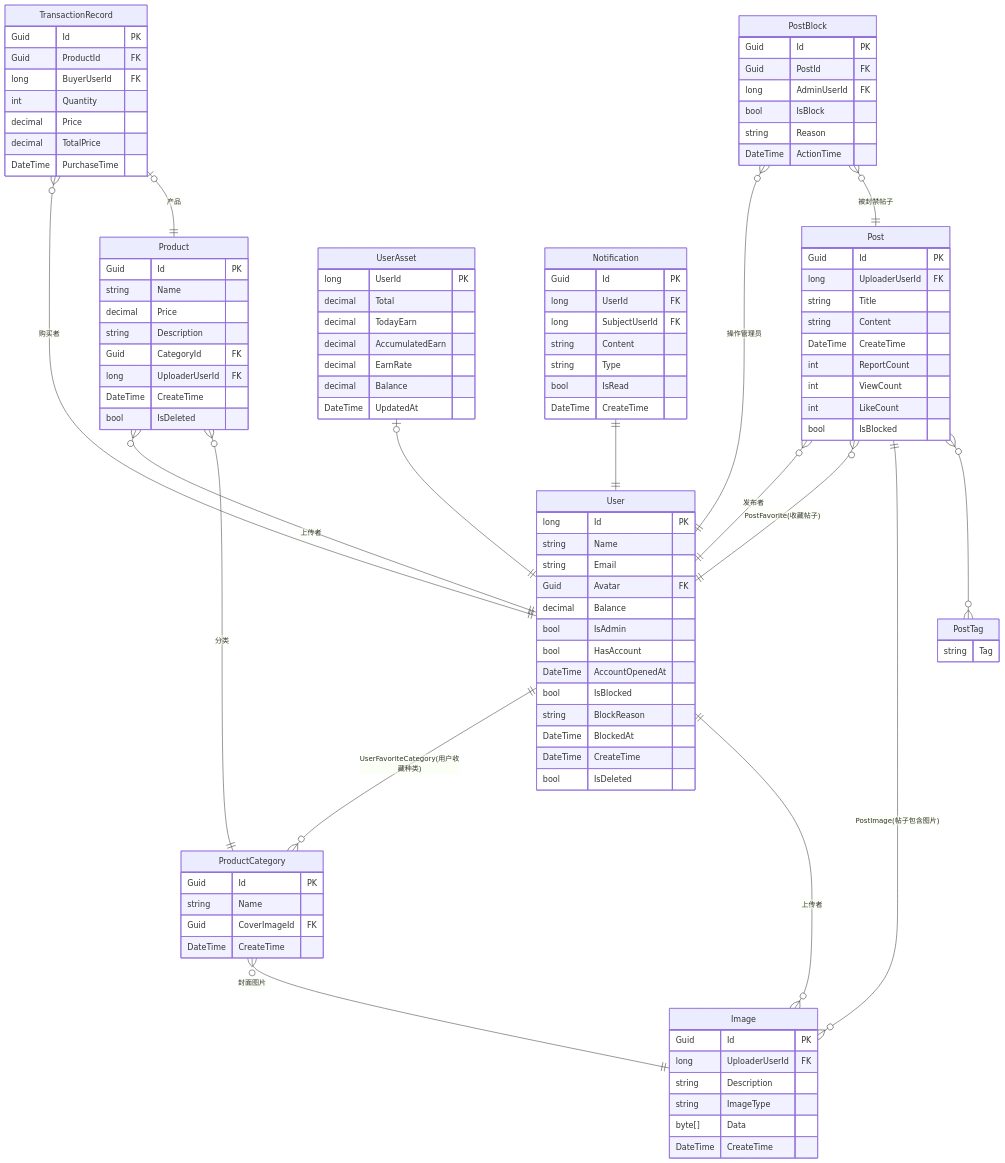
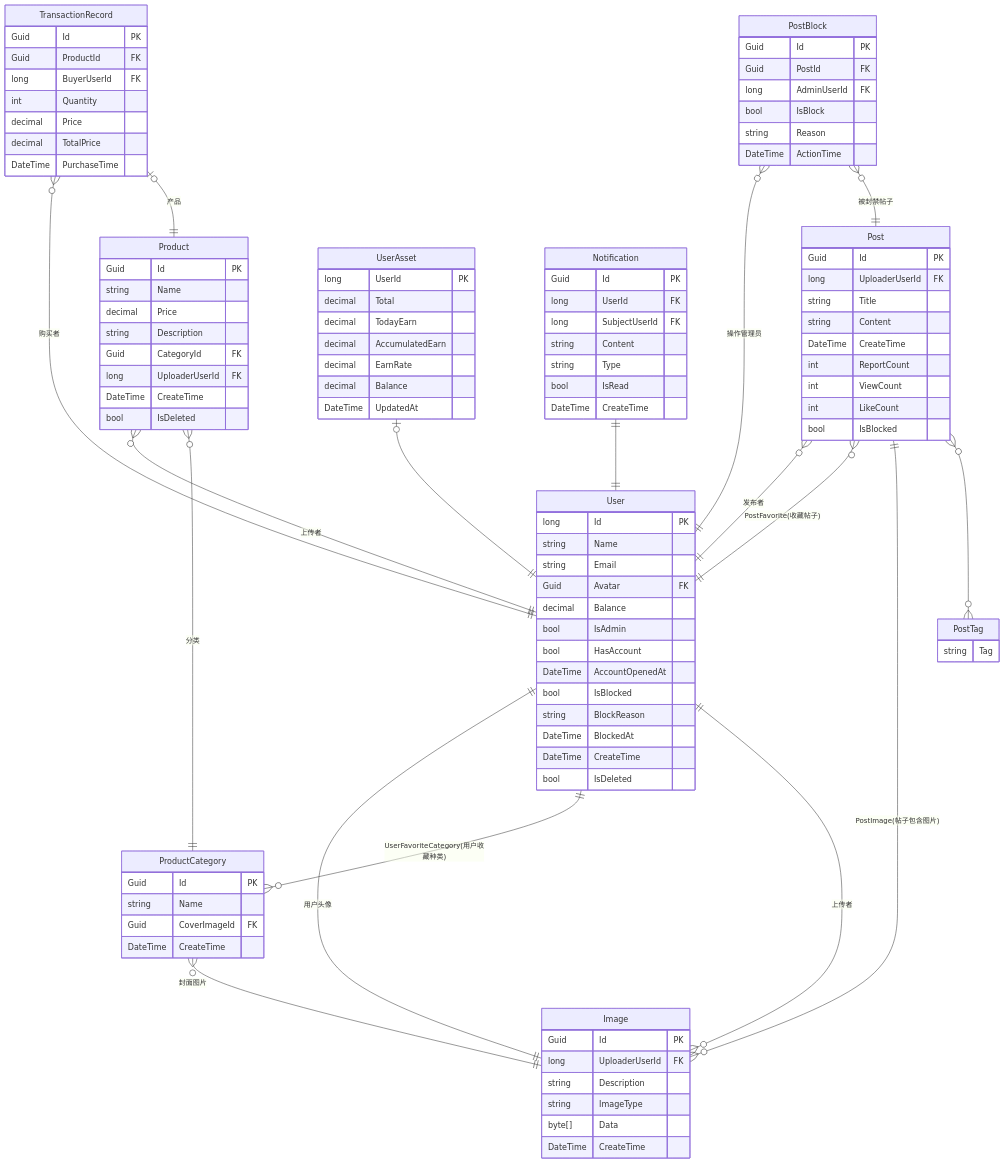
Before and after one commit to 57UU/southern_money: the ninth of 14 diagrams in report/report.md, drawn with Mermaid. The commit also changed 1 other file, not shown here.

```diff
--- a/report/report.md
+++ b/report/report.md
@@ -695,6 +695,8 @@
      Notification ||--|| User : ""
      PostBlock }o--|| User : "操作管理员"
      PostBlock }o--|| Post : "被封禁帖子"
+
+     User ||--|| Image : "用户头像"
      
      %% 多对多关系（关联表在线上）
      Post ||--o{ Image : "PostImage(帖子包含图片)"
```
